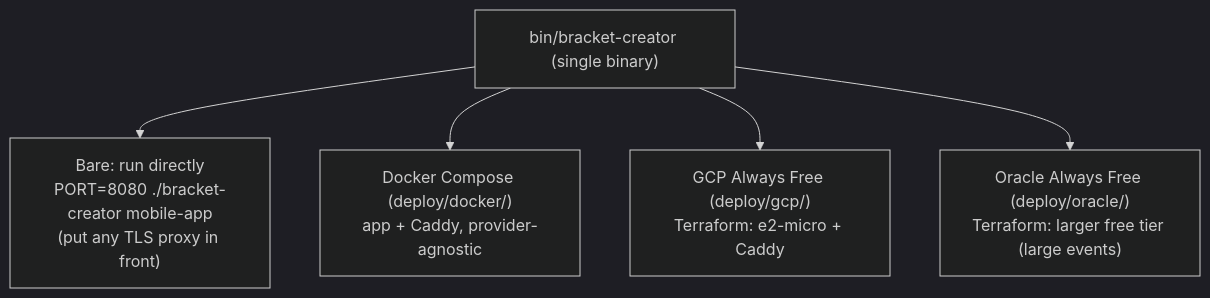
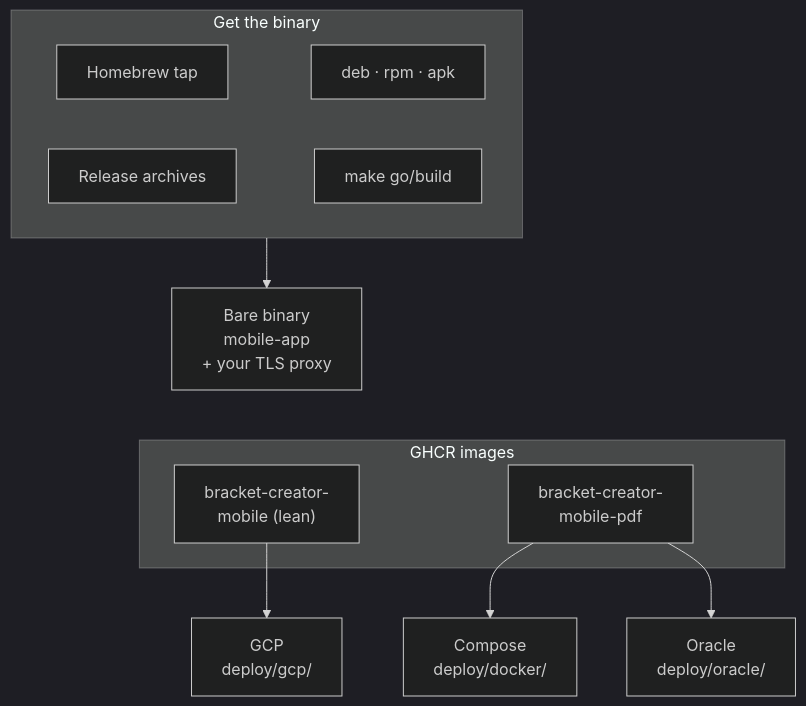
Before and after one commit to gitrgoliveira/bracket-creator: the fifth of 11 diagrams in docs/architecture/infrastructure-architecture.md, drawn with Mermaid (dark theme). The commit also changed other lines of this file and 49 other files, not shown here.

First line of the commit message:
fix(bc-arch): one transaction for participant edits; WAL stale-log guard; architecture docs

````diff
--- a/docs/architecture/infrastructure-architecture.md
+++ b/docs/architecture/infrastructure-architecture.md
@@ -63,8 +129,21 @@
 ```mermaid
-flowchart TD
-    bin["bin/bracket-creator (single binary)"]
-    bin --> bare["Bare: run directly<br/>PORT=8080 ./bracket-creator mobile-app<br/>(put any TLS proxy in front)"]
-    bin --> compose["Docker Compose (deploy/docker/)<br/>app + Caddy, provider-agnostic"]
-    bin --> gcp["GCP Always Free (deploy/gcp/)<br/>Terraform: e2-micro + Caddy"]
-    bin --> oracle["Oracle Always Free (deploy/oracle/)<br/>Terraform: larger free tier (large events)"]
+flowchart TB
+    subgraph get["Get the binary"]
+        brew["Homebrew tap"]
+        pkgs["deb · rpm · apk"]
+        arch["Release archives"]
+        src["make go/build"]
+    end
+    get --> bare["Bare binary<br/>mobile-app<br/>+ your TLS proxy"]
+
+    subgraph imgs["GHCR images"]
+        lean["bracket-creator-<br/>mobile (lean)"]
+        pdf["bracket-creator-<br/>mobile-pdf"]
+    end
+    pdf --> compose["Compose<br/>deploy/docker/"]
+    lean --> gcp["GCP<br/>deploy/gcp/"]
+    pdf --> oracle["Oracle<br/>deploy/oracle/"]
+    brew ~~~ pkgs
+    arch ~~~ src
+    bare ~~~ imgs
 ```
````
